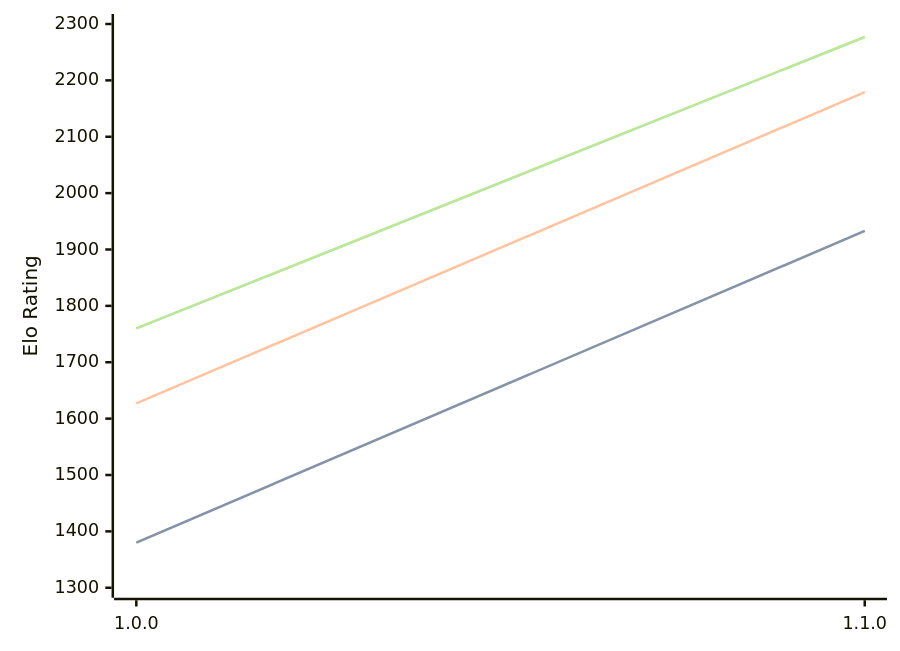
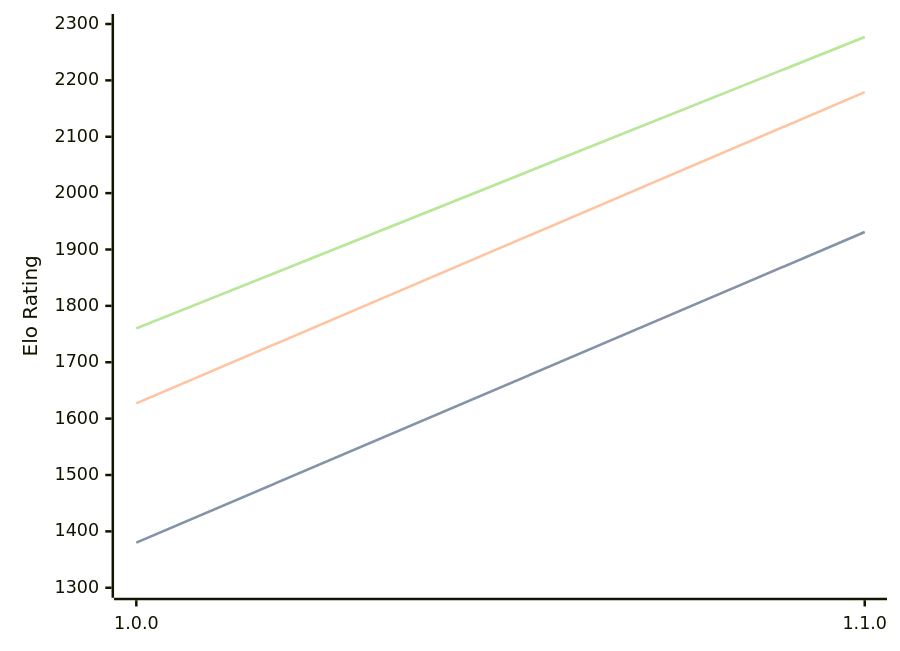
One commit to computer-chess-index/cci changed the third of 3 diagrams in engines/Akerbeltz.md. Above: the diagram before and after it, drawn with Mermaid. The commit also changed other lines of this file, not shown here.

````diff
--- a/engines/Akerbeltz.md
+++ b/engines/Akerbeltz.md
@@ -65,11 +65,11 @@
 ```mermaid
 %%{init: {"theme":"base","themeVariables":{"seriesColors:['#a3a3a3','#222221','#faa371']}}}%%
 xychart-beta
   x-axis ["1.0.0", "1.1.0"]
   y-axis "Elo Rating" 1300 --> 2300
-  line "STC (8.0+0.08s)" [1380, 1933]
-  line "STC (8.0+0.08s)" [1380, 1933]
+  line "STC (8.0+0.08s)" [1380, 1931]
+  line "STC (8.0+0.08s)" [1380, 1931]
   line "LTC (60.0+0.60s)" [1627, 2179]
   line "VLTC (2m24s+1.12s)" [1760, 2277]
   line "VLTC (2m24s+1.12s)" [1760, 2277]
 ```
````
